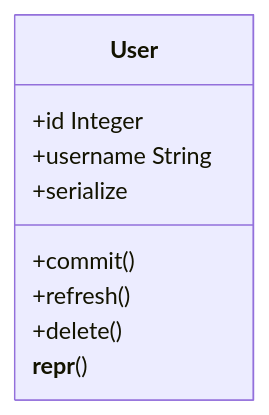
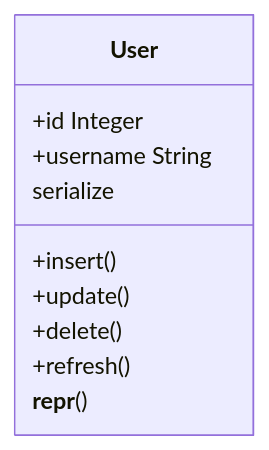
One commit to kalsmic/tdd_challenge changed the third of 8 diagrams in README.md. Above: the diagram before and after it, drawn with Mermaid. The commit also changed other lines of this file and 1 other file, not shown here.

````diff
--- a/README.md
+++ b/README.md
@@ -36,12 +36,13 @@
 ```mermaid
 classDiagram
-	class User
-	User: +id Integer
-	User : +username String
-	User : +commit()
-	User : +refresh()
-	User : +delete()
-	User : +serialize
-	User : __repr__()
+ class User
+ User: +id Integer
+ User : +username String
+ User : +insert()
+ User : +update()
+ User : +delete()
+ User : +refresh()
+ User : serialize
+ User : __repr__()
 
 ```
````
